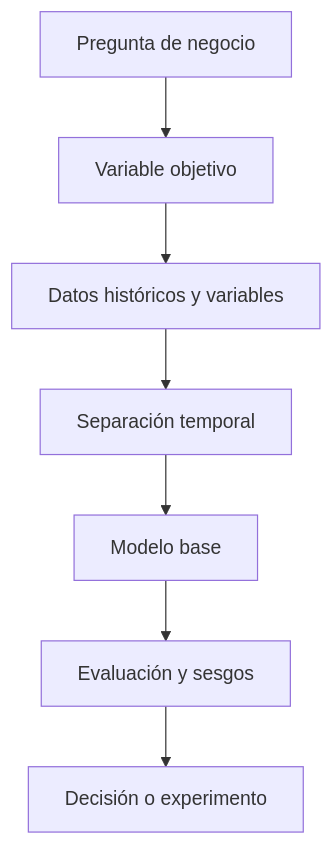
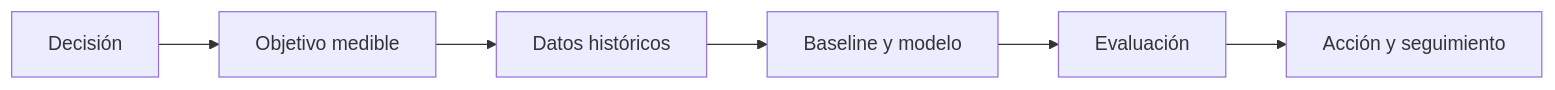
One commit to Ayhur/CursoAnalista changed diagram 30 of 33 in dist/markdown/temario-completo.md. Above: the diagram before and after it, drawn with Mermaid. The commit also changed other lines of this file and 30 other files, not shown here.

````diff
--- a/dist/markdown/temario-completo.md
+++ b/dist/markdown/temario-completo.md
@@ -1985,9 +2003,8 @@
 ```mermaid
-flowchart TD
-    A[Pregunta de negocio] --> B[Variable objetivo]
-    B --> C[Datos históricos y variables]
-    C --> D[Separación temporal]
-    D --> E[Modelo base]
-    E --> F[Evaluación y sesgos]
-    F --> G[Decisión o experimento]
+flowchart LR
+ A[Decisión] --> B[Objetivo medible]
+ B --> C[Datos históricos]
+ C --> D[Baseline y modelo]
+ D --> E[Evaluación]
+ E --> F[Acción y seguimiento]
 ```
````
